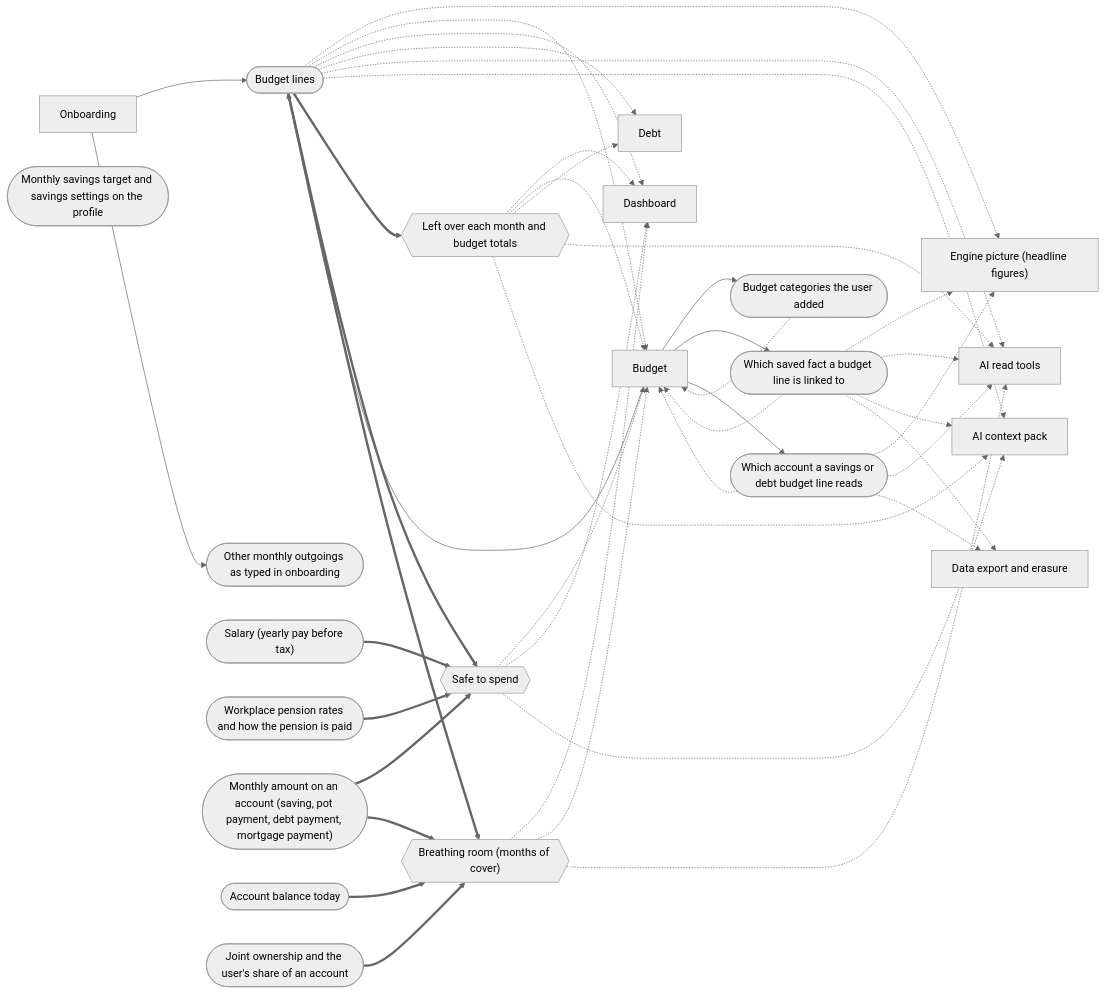
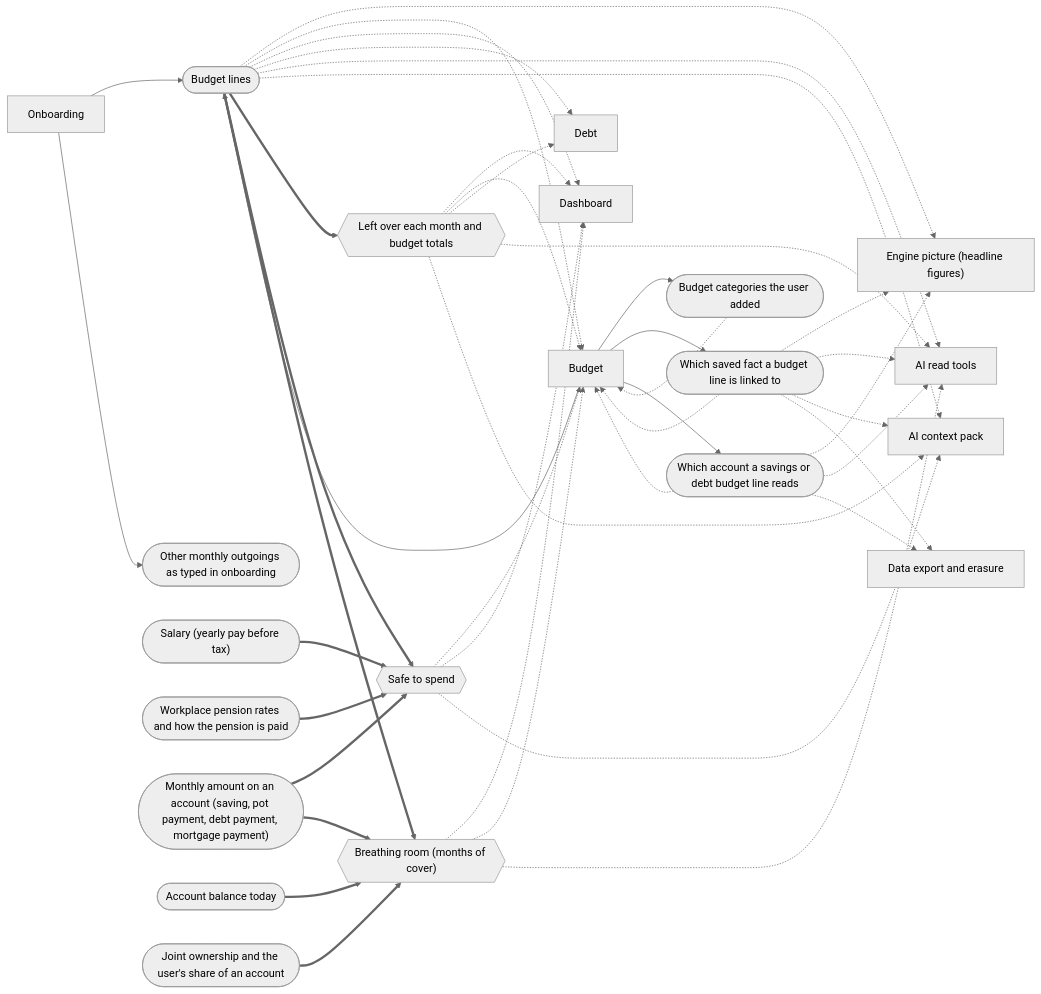
The fifth of 7 diagrams in docs/system/generated/connections.md (mgallagher56/flump), drawn with Mermaid (neutral theme) before and after one commit. The commit also changed 33 other files, not shown here.

````diff
--- a/docs/system/generated/connections.md
+++ b/docs/system/generated/connections.md
@@ -403,67 +403,66 @@
 ```mermaid
 flowchart LR
   s_onboarding["Onboarding"]
   s_dashboard["Dashboard"]
   s_budget["Budget"]
   s_debt["Debt"]
   s_picture["Engine picture (headline figures)"]
   s_mcp_read["AI read tools"]
   s_context_pack["AI context pack"]
   s_export["Data export and erasure"]
   f_custom_budget_categories(["Budget categories the user added"])
   s_budget --> f_custom_budget_categories
   f_custom_budget_categories -.-> s_budget
   f_budget_entries(["Budget lines"])
   s_budget --> f_budget_entries
   s_onboarding --> f_budget_entries
   f_budget_entries -.-> s_picture
   f_budget_entries -.-> s_budget
   f_budget_entries -.-> s_dashboard
   f_budget_entries -.-> s_debt
   f_budget_entries -.-> s_mcp_read
   f_budget_entries -.-> s_context_pack
   f_budget_entry_link_kind(["Which saved fact a budget line is linked to"])
   s_budget --> f_budget_entry_link_kind
   f_budget_entry_link_kind -.-> s_picture
   f_budget_entry_link_kind -.-> s_budget
   f_budget_entry_link_kind -.-> s_mcp_read
   f_budget_entry_link_kind -.-> s_context_pack
   f_budget_entry_link_kind -.-> s_export
   f_budget_entry_link_account(["Which account a savings or debt budget line reads"])
   s_budget --> f_budget_entry_link_account
   f_budget_entry_link_account -.-> s_picture
   f_budget_entry_link_account -.-> s_budget
   f_budget_entry_link_account -.-> s_mcp_read
   f_budget_entry_link_account -.-> s_export
   f_other_outgoings(["Other monthly outgoings as typed in onboarding"])
   s_onboarding --> f_other_outgoings
-  f_savings_settings(["Monthly savings target and savings settings on the profile"])
   g_left_over{{"Left over each month and budget totals"}}
   f_budget_entries ==> g_left_over
   g_left_over -.-> s_dashboard
   g_left_over -.-> s_budget
   g_left_over -.-> s_debt
   g_left_over -.-> s_mcp_read
   g_left_over -.-> s_context_pack
   g_safe_to_spend{{"Safe to spend"}}
   f_salary(["Salary (yearly pay before tax)"])
   f_salary ==> g_safe_to_spend
   f_pension_rates(["Workplace pension rates and how the pension is paid"])
   f_pension_rates ==> g_safe_to_spend
   f_budget_entries ==> g_safe_to_spend
   f_account_monthly_amount(["Monthly amount on an account (saving, pot payment, debt payment, mortgage payment)"])
   f_account_monthly_amount ==> g_safe_to_spend
   g_safe_to_spend -.-> s_budget
   g_safe_to_spend -.-> s_dashboard
   g_safe_to_spend -.-> s_context_pack
   g_months_of_cover{{"Breathing room (months of cover)"}}
   f_budget_entries ==> g_months_of_cover
   f_account_balance(["Account balance today"])
   f_account_balance ==> g_months_of_cover
   f_account_monthly_amount ==> g_months_of_cover
   f_ownership_share(["Joint ownership and the user's share of an account"])
   f_ownership_share ==> g_months_of_cover
   g_months_of_cover -.-> s_dashboard
   g_months_of_cover -.-> s_budget
   g_months_of_cover -.-> s_mcp_read
 ```
````
